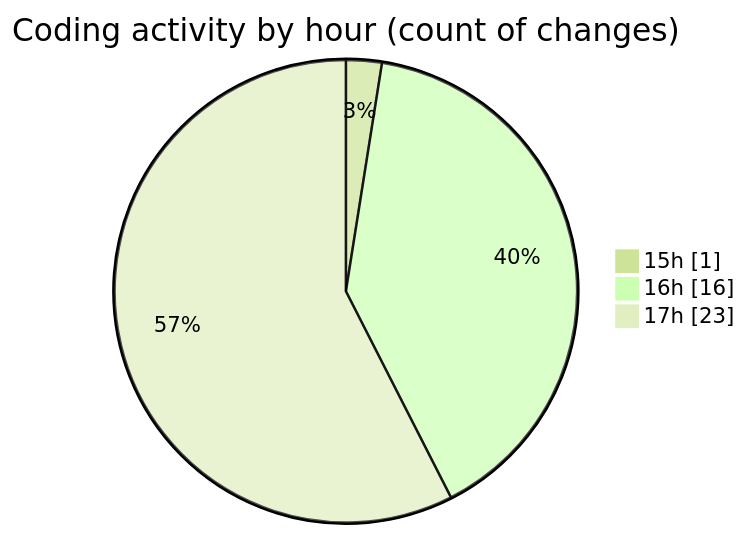
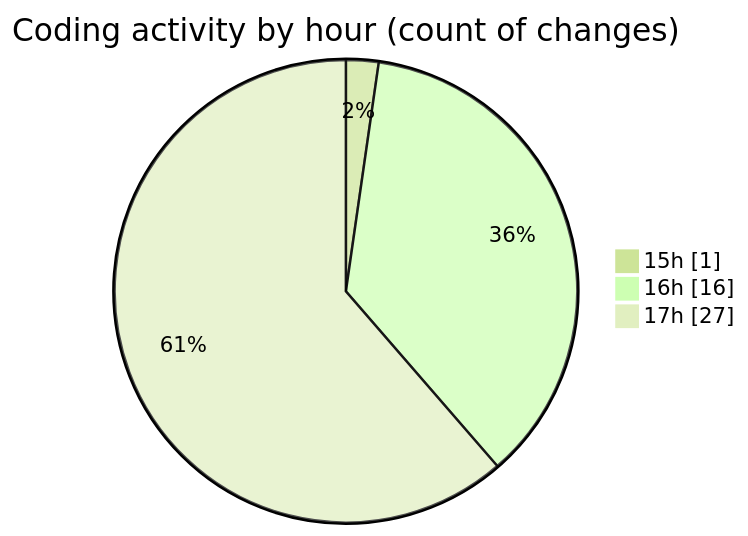
One commit to debugP/code-tracking changed the second of 2 diagrams in 2025-10-14/untitled__workspace_/README.md. Above: the diagram before and after it, drawn with Mermaid (forest theme). The commit also changed other lines of this file and 1 other file, not shown here.

````diff
--- a/2025-10-14/untitled__workspace_/README.md
+++ b/2025-10-14/untitled__workspace_/README.md
@@ -28,7 +28,7 @@
 ```mermaid
 pie showData
 title Coding activity by hour (count of changes)
 "15h" : 1
 "16h" : 16
-"17h" : 23
+"17h" : 27
 ```
````
